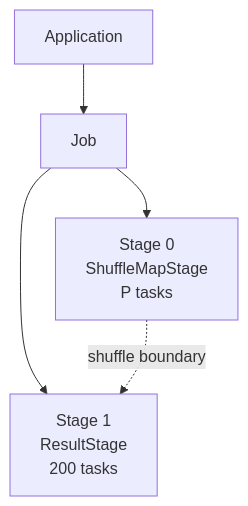
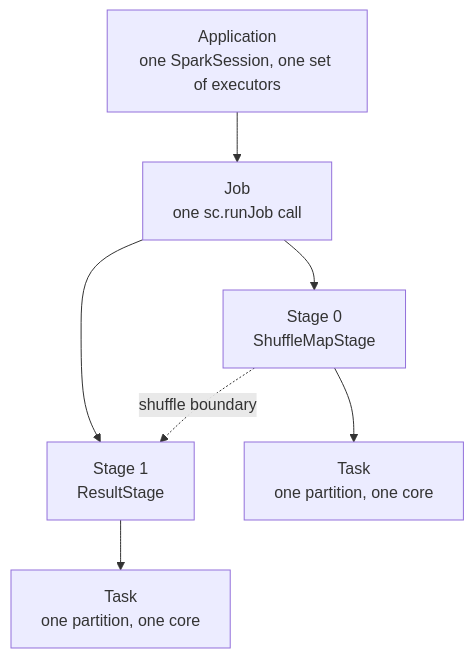
One commit to arindamchoudhury/spark-gyan changed the first of 17 diagrams in docs/spark-book/ch02-spark-architecture.md. Above: the diagram before and after it, drawn with Mermaid. The commit also changed other lines of this file and 5 other files, not shown here.

````diff
--- a/docs/spark-book/ch02-spark-architecture.md
+++ b/docs/spark-book/ch02-spark-architecture.md
@@ -125,7 +184,9 @@
 ```mermaid
 flowchart TD
-    App["Application"] --> J["Job"]
-    J --> S0["Stage 0\nShuffleMapStage\nP tasks"]
-    J --> S1["Stage 1\nResultStage\n200 tasks"]
+    App["Application\none SparkSession, one set of executors"] --> J["Job\none sc.runJob call"]
+    J --> S0["Stage 0\nShuffleMapStage"]
+    J --> S1["Stage 1\nResultStage"]
     S0 -.->|"shuffle boundary"| S1
+    S0 --> T0["Task\none partition, one core"]
+    S1 --> T1["Task\none partition, one core"]
 ```
````
